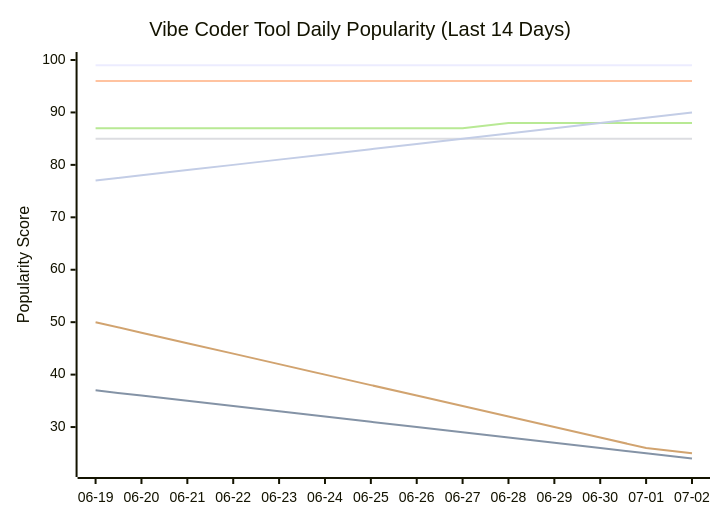
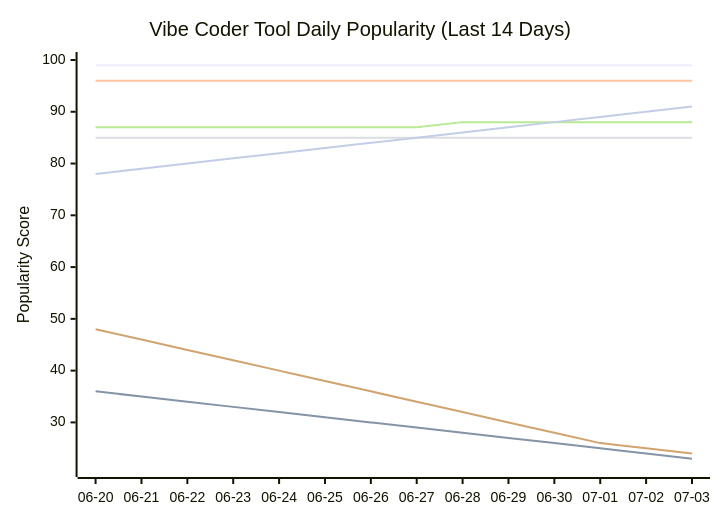
Before and after one commit to tykimos/ai-whatchelin: the seventh of 11 diagrams in README.md, drawn with Mermaid. The commit also changed other lines of this file and 4 other files, not shown here.

````diff
--- a/README.md
+++ b/README.md
@@ -1815,13 +1815,13 @@
 ```mermaid
 xychart-beta
     title "Vibe Coder Tool Daily Popularity (Last 14 Days)"
-    x-axis ["06-19", "06-20", "06-21", "06-22", "06-23", "06-24", "06-25", "06-26", "06-27", "06-28", "06-29", "06-30", "07-01", "07-02"]
-    y-axis "Popularity Score" 22 --> 100
+    x-axis ["06-20", "06-21", "06-22", "06-23", "06-24", "06-25", "06-26", "06-27", "06-28", "06-29", "06-30", "07-01", "07-02", "07-03"]
+    y-axis "Popularity Score" 21 --> 100
     line "Claude Code" [99, 99, 99, 99, 99, 99, 99, 99, 99, 99, 99, 99, 99, 99]
-    line "GH Copilot" [37, 36, 35, 34, 33, 32, 31, 30, 29, 28, 27, 26, 25, 24]
+    line "GH Copilot" [36, 35, 34, 33, 32, 31, 30, 29, 28, 27, 26, 25, 24, 23]
     line "Cursor" [96, 96, 96, 96, 96, 96, 96, 96, 96, 96, 96, 96, 96, 96]
     line "Windsurf" [85, 85, 85, 85, 85, 85, 85, 85, 85, 85, 85, 85, 85, 85]
-    line "Codex CLI" [87, 87, 87, 87, 87, 87, 87, 87, 87, 88, 88, 88, 88, 88]
-    line "Gemini CLI" [50, 48, 46, 44, 42, 40, 38, 36, 34, 32, 30, 28, 26, 25]
-    line "Antigravity" [77, 78, 79, 80, 81, 82, 83, 84, 85, 86, 87, 88, 89, 90]
+    line "Codex CLI" [87, 87, 87, 87, 87, 87, 87, 87, 88, 88, 88, 88, 88, 88]
+    line "Gemini CLI" [48, 46, 44, 42, 40, 38, 36, 34, 32, 30, 28, 26, 25, 24]
+    line "Antigravity" [78, 79, 80, 81, 82, 83, 84, 85, 86, 87, 88, 89, 90, 91]
 ```
````
